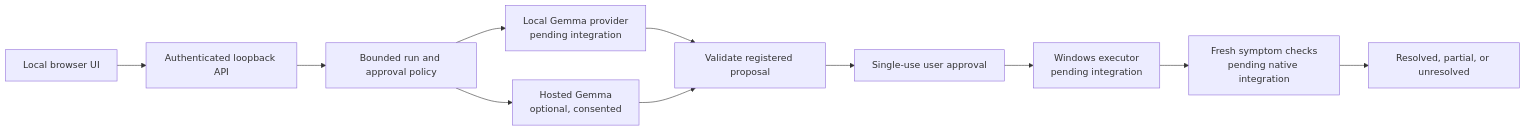
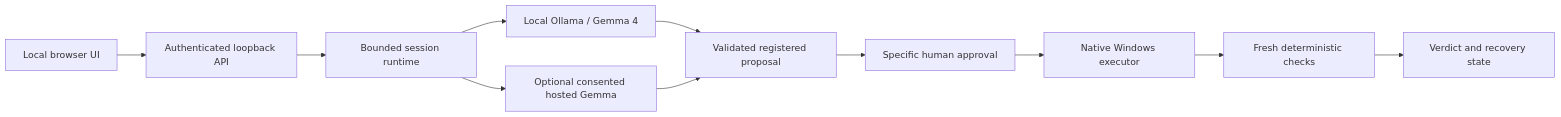
Before and after one commit to Team-DROS/TroubleShoot: the diagram in README.md, drawn with Mermaid. The commit also changed other lines of this file, not shown here.

Commit message:
docs: align README with integrated runtime and current evidence

````diff
--- a/README.md
+++ b/README.md
@@ -51,13 +57,13 @@
 ```mermaid
 flowchart LR
     UI[Local browser UI] --> API[Authenticated loopback API]
-    API --> Runtime[Bounded run and approval policy]
-    Runtime --> Local[Local Gemma provider<br/>pending integration]
-    Runtime --> Hosted[Hosted Gemma<br/>optional, consented]
-    Local --> Decision[Validate registered proposal]
-    Hosted --> Decision
-    Decision --> Gate[Single-use user approval]
-    Gate --> Native[Windows executor<br/>pending integration]
-    Native --> Verify[Fresh symptom checks<br/>pending native integration]
-    Verify --> Result[Resolved, partial, or unresolved]
+    API --> Runtime[Bounded session runtime]
+    Runtime --> Local[Local Ollama / Gemma 4]
+    Runtime --> Hosted[Optional consented hosted Gemma]
+    Local --> Proposal[Validated registered proposal]
+    Hosted --> Proposal
+    Proposal --> Approval[Specific human approval]
+    Approval --> Native[Native Windows executor]
+    Native --> Verify[Fresh deterministic checks]
+    Verify --> Result[Verdict and recovery state]
 ```
````
